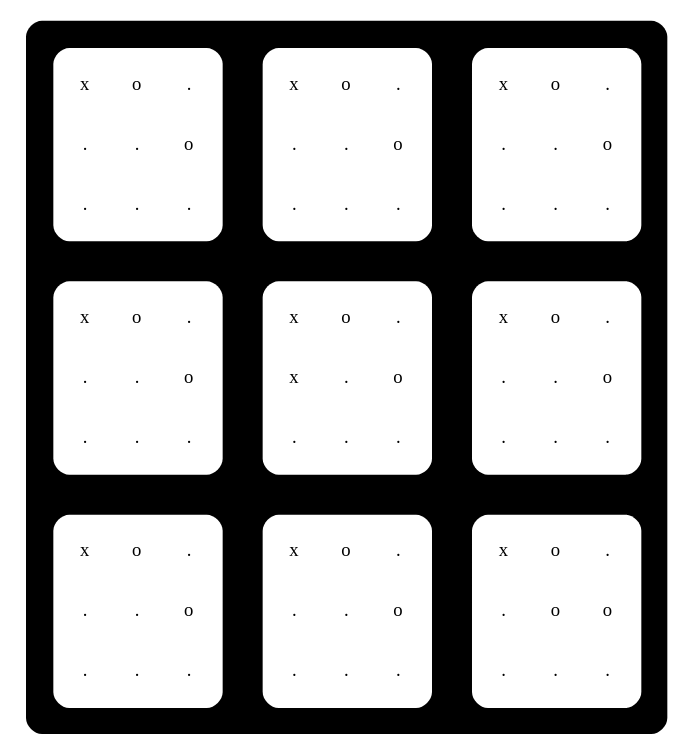
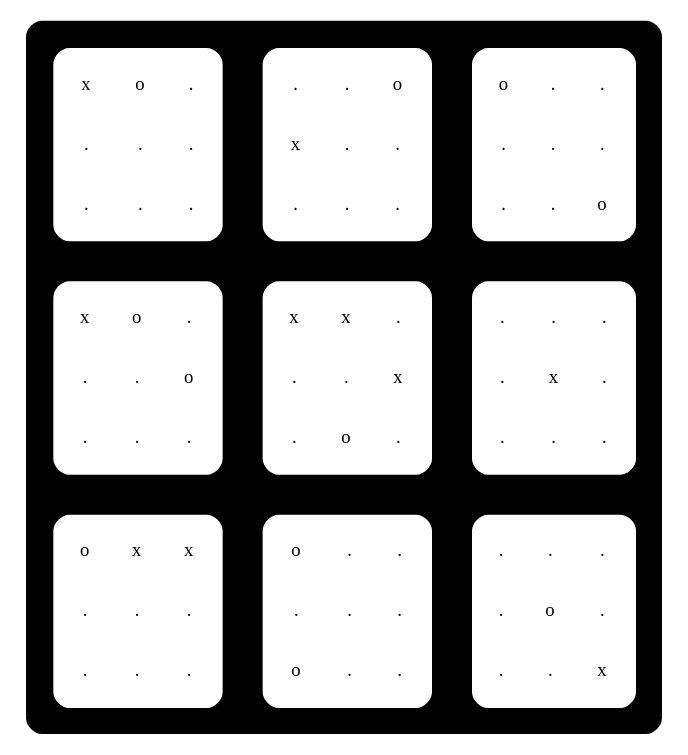
Before and after one commit to NicolasCestMoi/filrougeVRAI: the diagram in filrougesuite-codespace-stunning-space-trout-pvwr4pq6qpqf64rv/filrougeAAP-main/super_morpion/morpionUlt.dot, drawn with Graphviz. The commit also changed 3 other files, not shown here.

```diff
--- a/filrougesuite-codespace-stunning-space-trout-pvwr4pq6qpqf64rv/filrougeAAP-main/super_morpion/morpionUlt.dot
+++ b/filrougesuite-codespace-stunning-space-trout-pvwr4pq6qpqf64rv/filrougeAAP-main/super_morpion/morpionUlt.dot
@@ -1,182 +1,182 @@
 digraph {
   a0 [shape=none label=<<TABLE border="0" cellspacing="10" cellpadding="10" style="rounded" bgcolor="black">
     <TR>
 <TD bgcolor="black">
 <TABLE border="0" cellspacing="10" cellpadding="10" style="rounded" bgcolor="white">
   <TR>
     <TD bgcolor="white">x</TD>
     <TD bgcolor="white">o</TD>
     <TD bgcolor="white">.</TD>
   </TR>
   <TR>
     <TD bgcolor="white">.</TD>
     <TD bgcolor="white">.</TD>
-    <TD bgcolor="white">o</TD>
+    <TD bgcolor="white">.</TD>
   </TR>
   <TR>
     <TD bgcolor="white">.</TD>
     <TD bgcolor="white">.</TD>
     <TD bgcolor="white">.</TD>
   </TR>
 </TABLE>
 </TD>
 <TD bgcolor="black">
 <TABLE border="0" cellspacing="10" cellpadding="10" style="rounded" bgcolor="white">
   <TR>
-    <TD bgcolor="white">x</TD>
-    <TD bgcolor="white">o</TD>
-    <TD bgcolor="white">.</TD>
-  </TR>
-  <TR>
     <TD bgcolor="white">.</TD>
     <TD bgcolor="white">.</TD>
     <TD bgcolor="white">o</TD>
+  </TR>
+  <TR>
+    <TD bgcolor="white">x</TD>
+    <TD bgcolor="white">.</TD>
+    <TD bgcolor="white">.</TD>
   </TR>
   <TR>
     <TD bgcolor="white">.</TD>
     <TD bgcolor="white">.</TD>
     <TD bgcolor="white">.</TD>
   </TR>
 </TABLE>
 </TD>
 <TD bgcolor="black">
 <TABLE border="0" cellspacing="10" cellpadding="10" style="rounded" bgcolor="white">
   <TR>
-    <TD bgcolor="white">x</TD>
     <TD bgcolor="white">o</TD>
+    <TD bgcolor="white">.</TD>
+    <TD bgcolor="white">.</TD>
+  </TR>
+  <TR>
+    <TD bgcolor="white">.</TD>
+    <TD bgcolor="white">.</TD>
     <TD bgcolor="white">.</TD>
   </TR>
   <TR>
     <TD bgcolor="white">.</TD>
     <TD bgcolor="white">.</TD>
     <TD bgcolor="white">o</TD>
-  </TR>
-  <TR>
-    <TD bgcolor="white">.</TD>
-    <TD bgcolor="white">.</TD>
-    <TD bgcolor="white">.</TD>
   </TR>
 </TABLE>
 </TD>
  </TR>
  <TR>
 <TD bgcolor="black">
 <TABLE border="0" cellspacing="10" cellpadding="10" style="rounded" bgcolor="white">
   <TR>
     <TD bgcolor="white">x</TD>
     <TD bgcolor="white">o</TD>
     <TD bgcolor="white">.</TD>
   </TR>
   <TR>
     <TD bgcolor="white">.</TD>
     <TD bgcolor="white">.</TD>
     <TD bgcolor="white">o</TD>
   </TR>
   <TR>
     <TD bgcolor="white">.</TD>
     <TD bgcolor="white">.</TD>
     <TD bgcolor="white">.</TD>
   </TR>
 </TABLE>
 </TD>
 <TD bgcolor="black">
 <TABLE border="0" cellspacing="10" cellpadding="10" style="rounded" bgcolor="white">
   <TR>
     <TD bgcolor="white">x</TD>
-    <TD bgcolor="white">o</TD>
-    <TD bgcolor="white">.</TD>
-  </TR>
-  <TR>
     <TD bgcolor="white">x</TD>
     <TD bgcolor="white">.</TD>
-    <TD bgcolor="white">o</TD>
   </TR>
   <TR>
     <TD bgcolor="white">.</TD>
     <TD bgcolor="white">.</TD>
+    <TD bgcolor="white">x</TD>
+  </TR>
+  <TR>
+    <TD bgcolor="white">.</TD>
+    <TD bgcolor="white">o</TD>
     <TD bgcolor="white">.</TD>
   </TR>
 </TABLE>
 </TD>
 <TD bgcolor="black">
 <TABLE border="0" cellspacing="10" cellpadding="10" style="rounded" bgcolor="white">
   <TR>
-    <TD bgcolor="white">x</TD>
-    <TD bgcolor="white">o</TD>
+    <TD bgcolor="white">.</TD>
+    <TD bgcolor="white">.</TD>
     <TD bgcolor="white">.</TD>
   </TR>
   <TR>
     <TD bgcolor="white">.</TD>
+    <TD bgcolor="white">x</TD>
     <TD bgcolor="white">.</TD>
-    <TD bgcolor="white">o</TD>
   </TR>
   <TR>
     <TD bgcolor="white">.</TD>
     <TD bgcolor="white">.</TD>
     <TD bgcolor="white">.</TD>
   </TR>
 </TABLE>
 </TD>
  </TR>
  <TR>
 <TD bgcolor="black">
 <TABLE border="0" cellspacing="10" cellpadding="10" style="rounded" bgcolor="white">
   <TR>
+    <TD bgcolor="white">o</TD>
     <TD bgcolor="white">x</TD>
-    <TD bgcolor="white">o</TD>
-    <TD bgcolor="white">.</TD>
+    <TD bgcolor="white">x</TD>
   </TR>
   <TR>
     <TD bgcolor="white">.</TD>
     <TD bgcolor="white">.</TD>
-    <TD bgcolor="white">o</TD>
+    <TD bgcolor="white">.</TD>
   </TR>
   <TR>
     <TD bgcolor="white">.</TD>
     <TD bgcolor="white">.</TD>
     <TD bgcolor="white">.</TD>
   </TR>
 </TABLE>
 </TD>
 <TD bgcolor="black">
 <TABLE border="0" cellspacing="10" cellpadding="10" style="rounded" bgcolor="white">
   <TR>
-    <TD bgcolor="white">x</TD>
     <TD bgcolor="white">o</TD>
+    <TD bgcolor="white">.</TD>
     <TD bgcolor="white">.</TD>
   </TR>
   <TR>
     <TD bgcolor="white">.</TD>
     <TD bgcolor="white">.</TD>
-    <TD bgcolor="white">o</TD>
+    <TD bgcolor="white">.</TD>
   </TR>
   <TR>
-    <TD bgcolor="white">.</TD>
+    <TD bgcolor="white">o</TD>
     <TD bgcolor="white">.</TD>
     <TD bgcolor="white">.</TD>
   </TR>
 </TABLE>
 </TD>
 <TD bgcolor="black">
 <TABLE border="0" cellspacing="10" cellpadding="10" style="rounded" bgcolor="white">
   <TR>
-    <TD bgcolor="white">x</TD>
+    <TD bgcolor="white">.</TD>
+    <TD bgcolor="white">.</TD>
+    <TD bgcolor="white">.</TD>
+  </TR>
+  <TR>
+    <TD bgcolor="white">.</TD>
     <TD bgcolor="white">o</TD>
     <TD bgcolor="white">.</TD>
   </TR>
   <TR>
     <TD bgcolor="white">.</TD>
-    <TD bgcolor="white">o</TD>
-    <TD bgcolor="white">o</TD>
-  </TR>
-  <TR>
     <TD bgcolor="white">.</TD>
-    <TD bgcolor="white">.</TD>
-    <TD bgcolor="white">.</TD>
+    <TD bgcolor="white">x</TD>
   </TR>
 </TABLE>
 </TD>
  </TR>
  </TABLE>
 >];
 }
```
